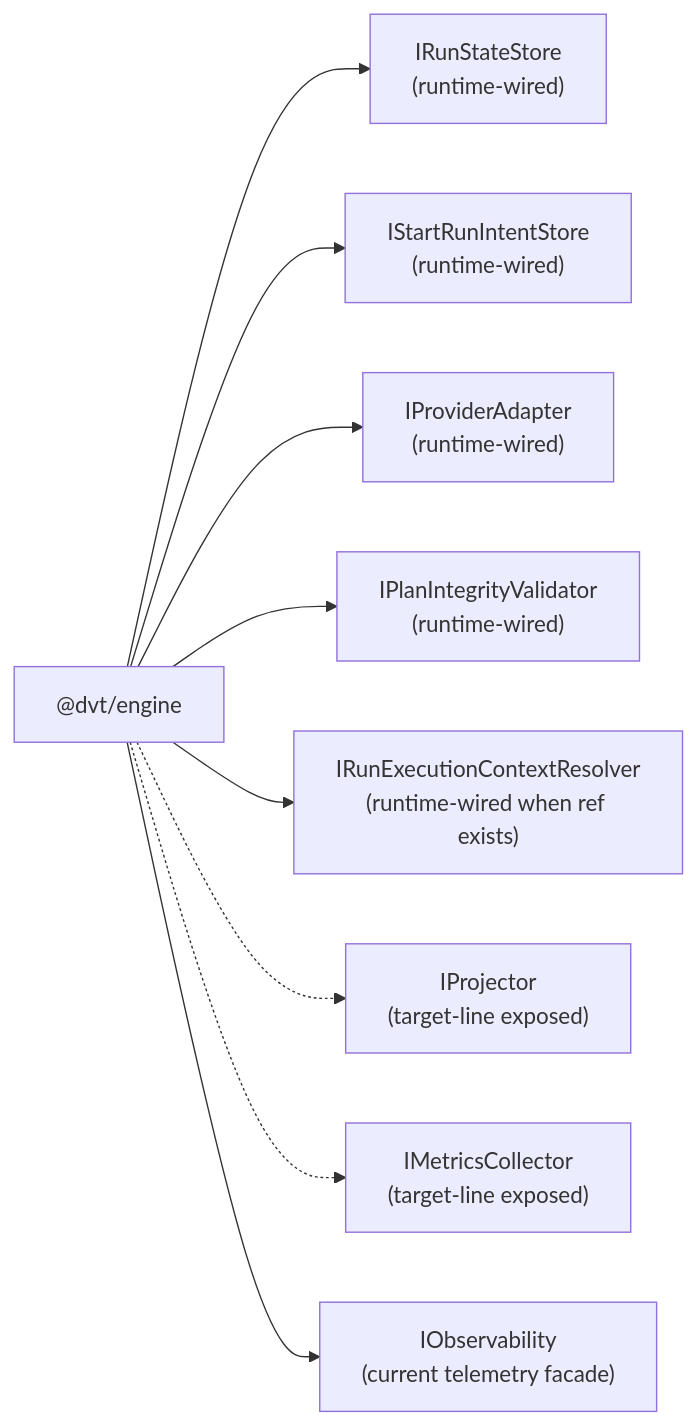
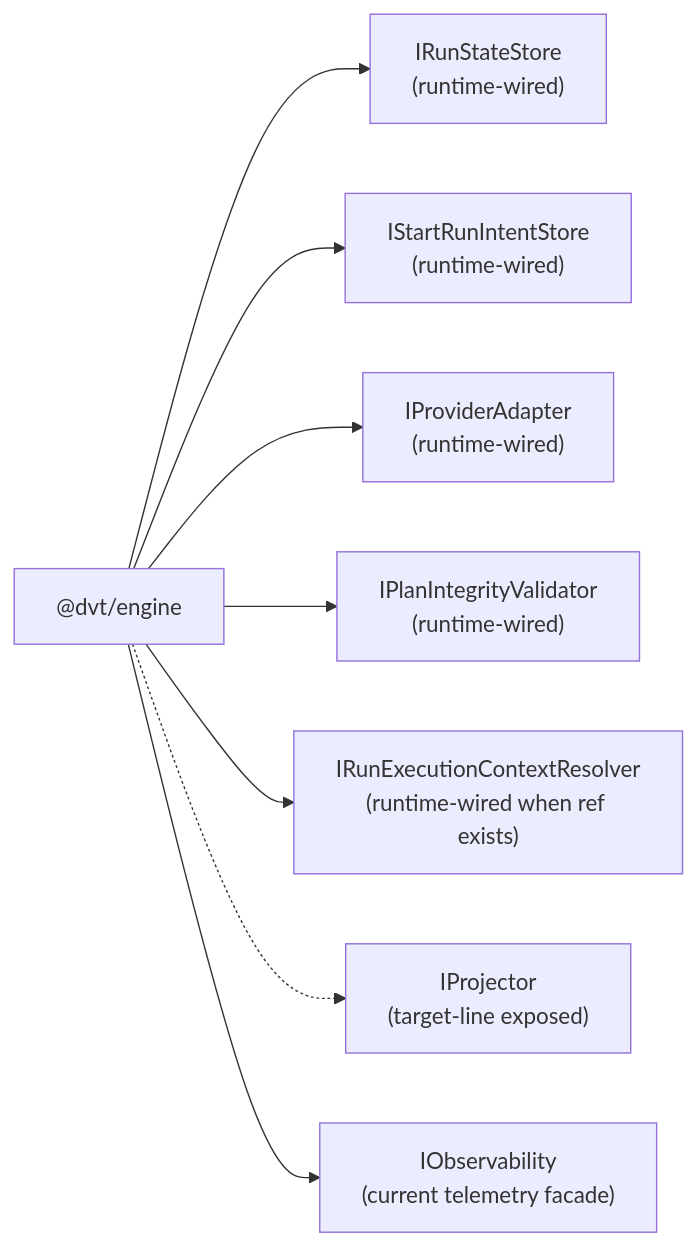
One commit to dunay2/dvt changed the fourth of 6 diagrams in docs/architecture/components/engine/architecture/c4-engine.md. Above: the diagram before and after it, drawn with Mermaid. The commit also changed other lines of this file and 879 other files, not shown here.

````diff
--- a/docs/architecture/components/engine/architecture/c4-engine.md
+++ b/docs/architecture/components/engine/architecture/c4-engine.md
@@ -163,11 +162,10 @@
 ```mermaid
 flowchart LR
   Engine["@dvt/engine"] --> State["IRunStateStore<br/>(runtime-wired)"]
   Engine --> Intent["IStartRunIntentStore<br/>(runtime-wired)"]
   Engine --> Provider["IProviderAdapter<br/>(runtime-wired)"]
   Engine --> Plan["IPlanIntegrityValidator<br/>(runtime-wired)"]
   Engine --> RunCtx["IRunExecutionContextResolver<br/>(runtime-wired when ref exists)"]
   Engine -.-> Proj["IProjector<br/>(target-line exposed)"]
-  Engine -.-> Metrics["IMetricsCollector<br/>(target-line exposed)"]
   Engine --> ObsFacade["IObservability<br/>(current telemetry facade)"]
 ```
````
